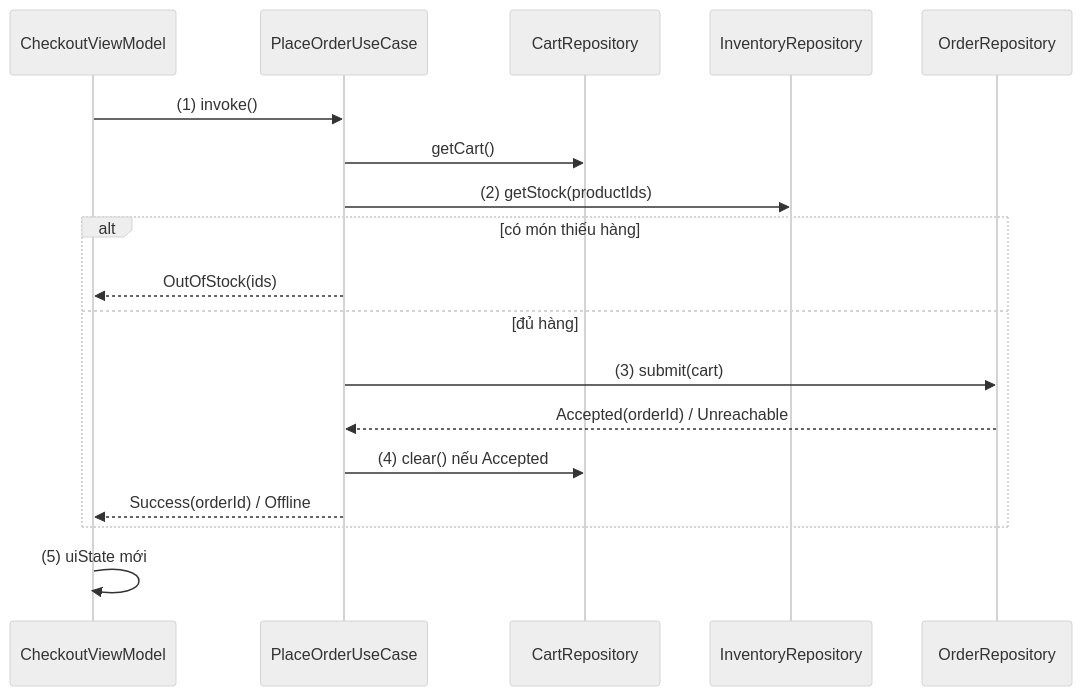
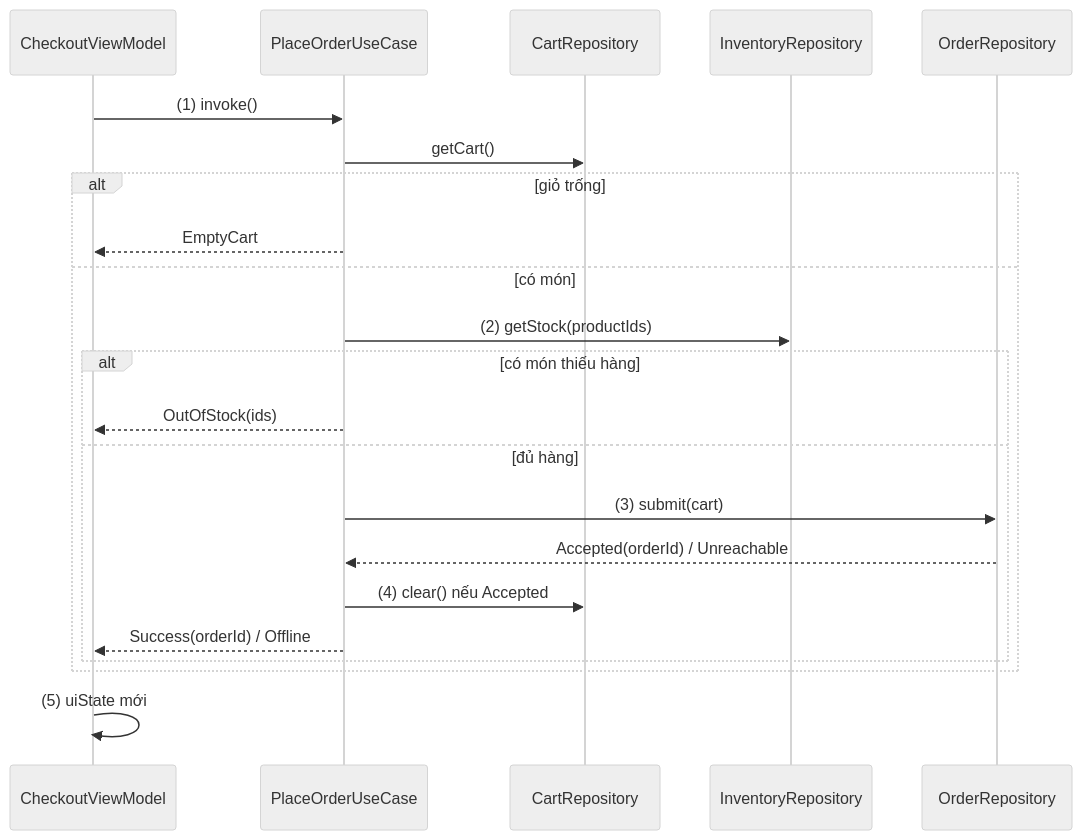
Before and after one commit to h1eu/knowledge: the seventh of 7 diagrams in knowledge/android/docs/session_07/architecture/clean_architecture.md, drawn with Mermaid (neutral theme). The commit also changed other lines of this file and 19 other files, not shown here.

````diff
--- a/knowledge/android/docs/session_07/architecture/clean_architecture.md
+++ b/knowledge/android/docs/session_07/architecture/clean_architecture.md
@@ -393,20 +413,24 @@
 ```mermaid
 sequenceDiagram
     participant VM as CheckoutViewModel
     participant UC as PlaceOrderUseCase
     participant C as CartRepository
     participant I as InventoryRepository
     participant O as OrderRepository
     VM->>UC: (1) invoke()
     UC->>C: getCart()
-    UC->>I: (2) getStock(productIds)
-    alt có món thiếu hàng
-        UC-->>VM: OutOfStock(ids)
-    else đủ hàng
-        UC->>O: (3) submit(cart)
-        O-->>UC: Accepted(orderId) / Unreachable
-        UC->>C: (4) clear() nếu Accepted
-        UC-->>VM: Success(orderId) / Offline
+    alt giỏ trống
+        UC-->>VM: EmptyCart
+    else có món
+        UC->>I: (2) getStock(productIds)
+        alt có món thiếu hàng
+            UC-->>VM: OutOfStock(ids)
+        else đủ hàng
+            UC->>O: (3) submit(cart)
+            O-->>UC: Accepted(orderId) / Unreachable
+            UC->>C: (4) clear() nếu Accepted
+            UC-->>VM: Success(orderId) / Offline
+        end
     end
     VM->>VM: (5) uiState mới
 ```
````
